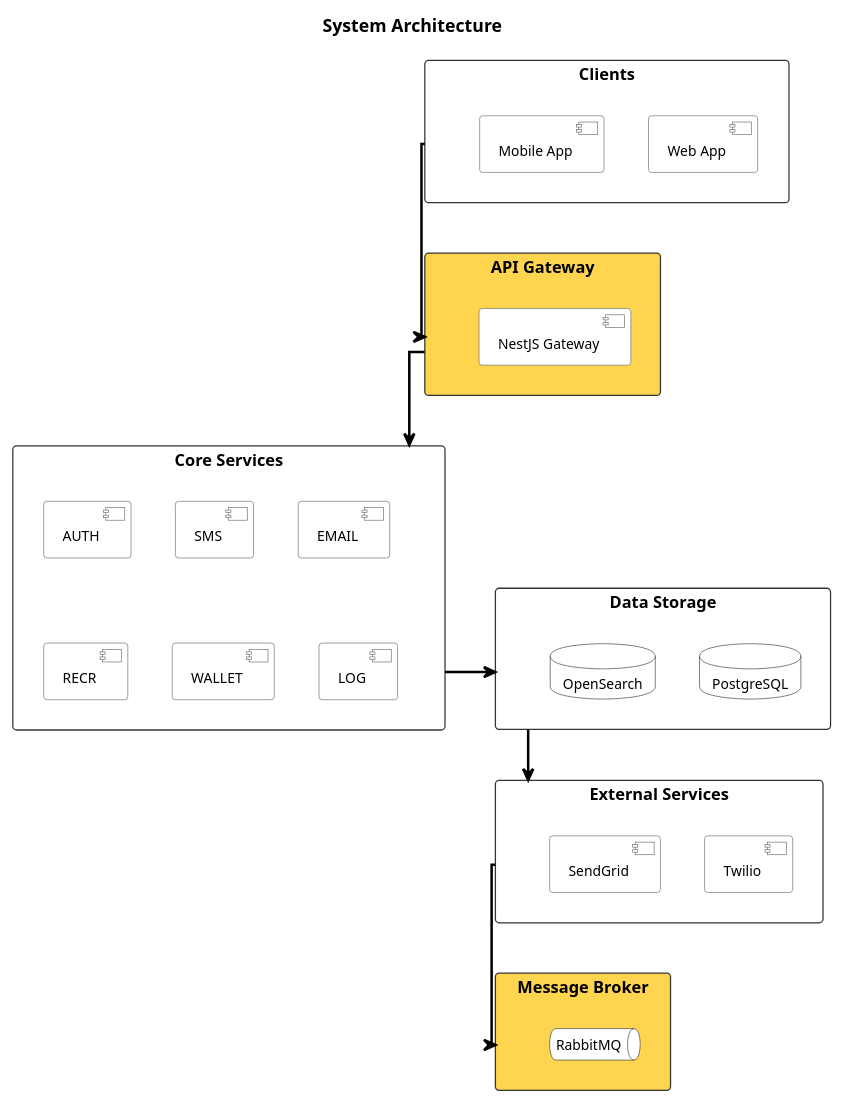
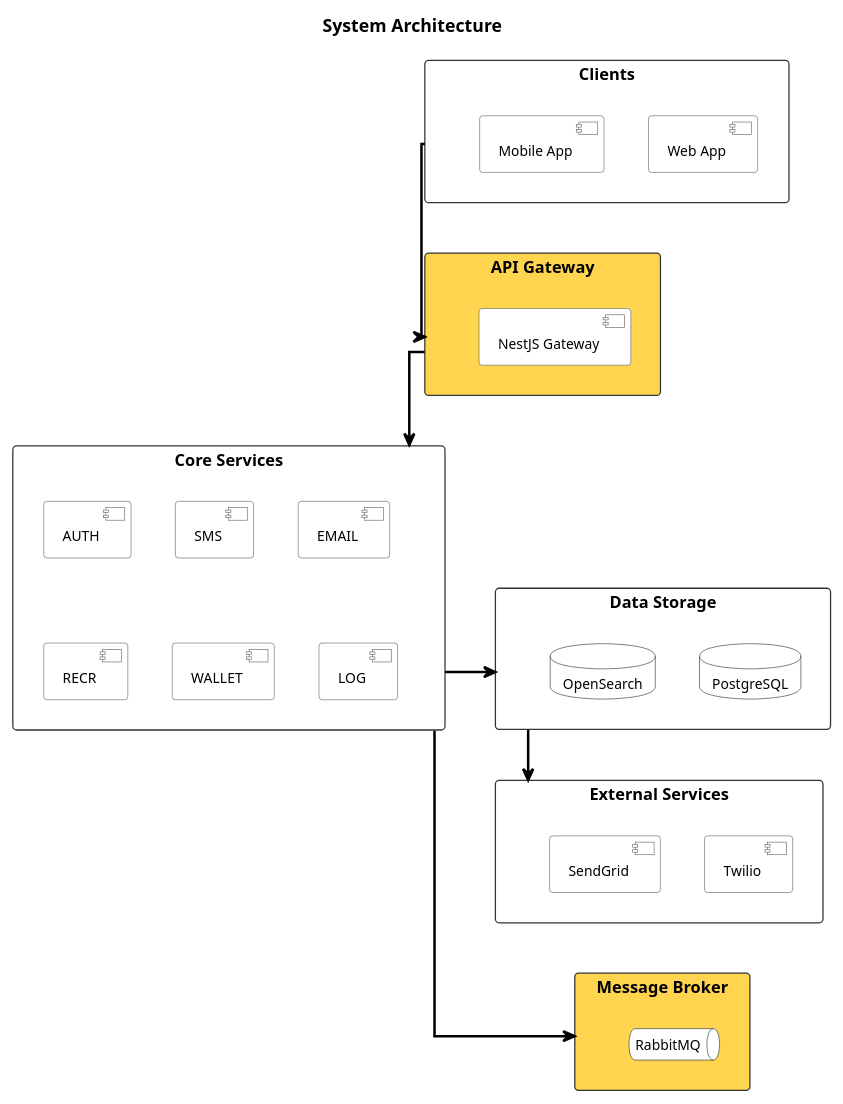
Before and after one commit to namnh240795/document: the diagram in templates/architecture-system.puml, drawn with PlantUML. The commit also changed 2 other files, not shown here.

Commit message:
fix: Core Services connects to Message Broker, not External Services

```diff
--- a/templates/architecture-system.puml
+++ b/templates/architecture-system.puml
@@ -1,117 +1,117 @@
 @startuml
 ' ============================================================
 ' System Architecture - Authentication System
 ' Straight arrows, Message Broker at bottom
 ' ============================================================
 
 top to bottom direction
 
 skinparam linetype ortho
 skinparam defaultFontName "Arial"
 skinparam defaultFontSize 12
 
 skinparam rectangle {
   RoundCorner 6
   BorderColor #333333
   FontSize 13
   FontStyle bold
   FontColor #000000
 }
 
 skinparam component {
   BackgroundColor #FFFFFF
   BorderColor #666666
   FontSize 11
   FontColor #000000
 }
 
 skinparam database {
   BackgroundColor #FFFFFF
   BorderColor #333333
   FontSize 11
   FontColor #000000
 }
 
 skinparam queue {
   BackgroundColor #FFFFFF
   BorderColor #333333
   FontSize 11
   FontColor #000000
 }
 
 skinparam arrow {
   Color #000000
   Thickness 2
 }
 
 title System Architecture
 
 ' ============================================================
 ' LAYER 1 - Clients
 ' ============================================================
 rectangle "  Clients  " as clients #FFFFFF {
   component "Web App" as web
   component "Mobile App" as mobile
 }
 
 ' ============================================================
 ' LAYER 2 - Gateway
 ' ============================================================
 rectangle "  API Gateway  " as gw #FFD54F {
   component "NestJS Gateway" as gateway
 }
 
 ' ============================================================
 ' LAYER 3 - Core Services
 ' ============================================================
 rectangle "  Core Services  " as services #FFFFFF {
   component "AUTH" as auth
   component "SMS" as sms
   component "EMAIL" as email
   component "RECR" as recr
   component "WALLET" as wallet
   component "LOG" as log
 }
 
 ' ============================================================
 ' LAYER 4 - Data Storage
 ' ============================================================
 rectangle "  Data Storage  " as storage #FFFFFF {
   database "PostgreSQL" as pg
   database "OpenSearch" as os
 }
 
 ' ============================================================
 ' LAYER 5 - External Services
 ' ============================================================
 rectangle "  External Services  " as external #FFFFFF {
   component "Twilio" as twilio
   component "SendGrid" as sendgrid
 }
 
 ' ============================================================
 ' LAYER 6 - Message Broker (bottom)
 ' ============================================================
 rectangle "  Message Broker  " as broker #FFD54F {
   queue "RabbitMQ" as mq
 }
 
 ' ============================================================
 ' LAYOUT FORCING
 ' ============================================================
 clients -[hidden]down-> gw
 gw -[hidden]down-> services
 services -[hidden]down-> storage
 storage -[hidden]down-> external
 external -[hidden]down-> broker
 
 ' ============================================================
 ' CONNECTIONS
 ' ============================================================
 clients -down-> gw
 gw -down-> services
 services -down-> storage
+services -down-> broker
 storage -down-> external
-external -down-> broker
 
 @enduml
```
